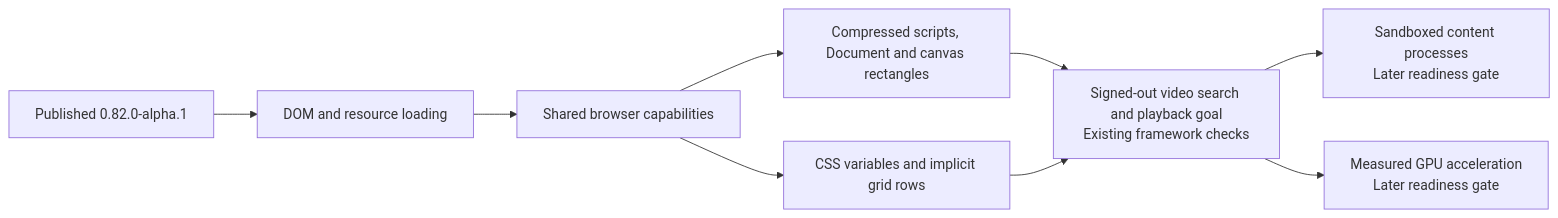
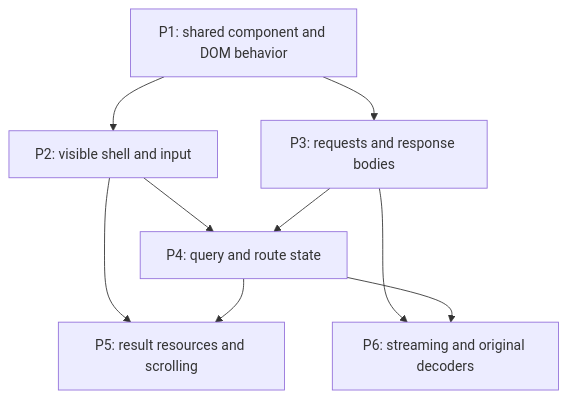
One commit to c-a-t-f-o-o-d/chezcat-browser changed the diagram in docs/ROADMAP.md. Above: the diagram before and after it, drawn with Mermaid. The commit also changed other lines of this file and 12 other files, not shown here.

````diff
--- a/docs/ROADMAP.md
+++ b/docs/ROADMAP.md
@@ -32,11 +32,11 @@
 ```mermaid
-flowchart LR
-    BASE["Published 0.82.0-alpha.1"] --> DOM["DOM and resource loading"]
-    DOM --> URL["Shared browser capabilities"]
-    URL --> INPUT["Compressed scripts, Document and canvas rectangles"]
-    URL --> CSS["CSS variables and implicit grid rows"]
-    INPUT --> APPS["Signed-out video search and playback goal<br/>Existing framework checks"]
-    CSS --> APPS
-    APPS --> ISO["Sandboxed content processes<br/>Later readiness gate"]
-    APPS --> GPU["Measured GPU acceleration<br/>Later readiness gate"]
+flowchart TD
+    DOM["P1: shared component and DOM behavior"] --> SHELL["P2: visible shell and input"]
+    DOM --> DATA["P3: requests and response bodies"]
+    SHELL --> ROUTES["P4: query and route state"]
+    DATA --> ROUTES
+    SHELL --> RESULTS["P5: result resources and scrolling"]
+    ROUTES --> RESULTS
+    DATA --> MEDIA["P6: streaming and original decoders"]
+    ROUTES --> MEDIA
 ```
````
